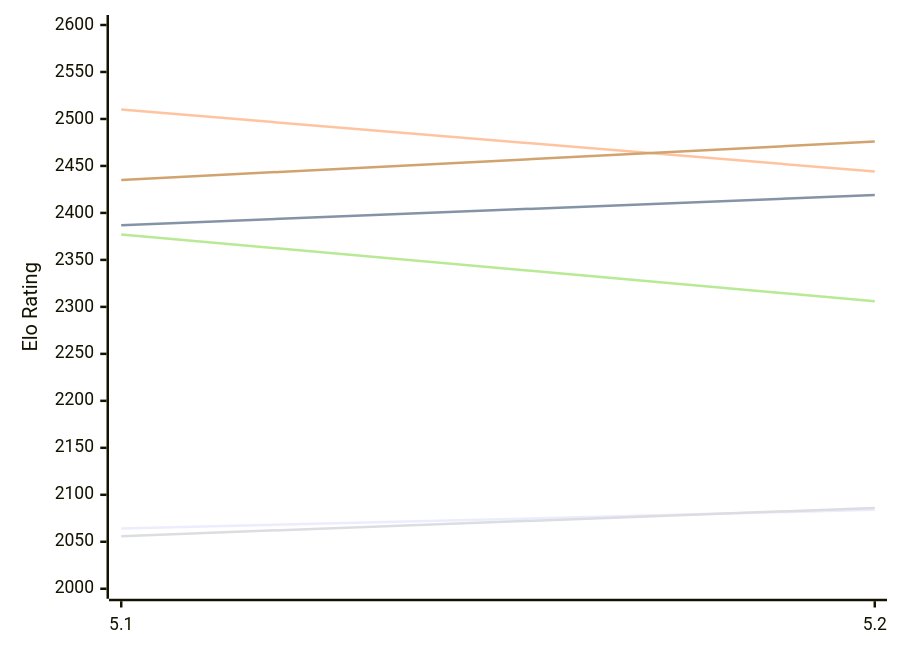
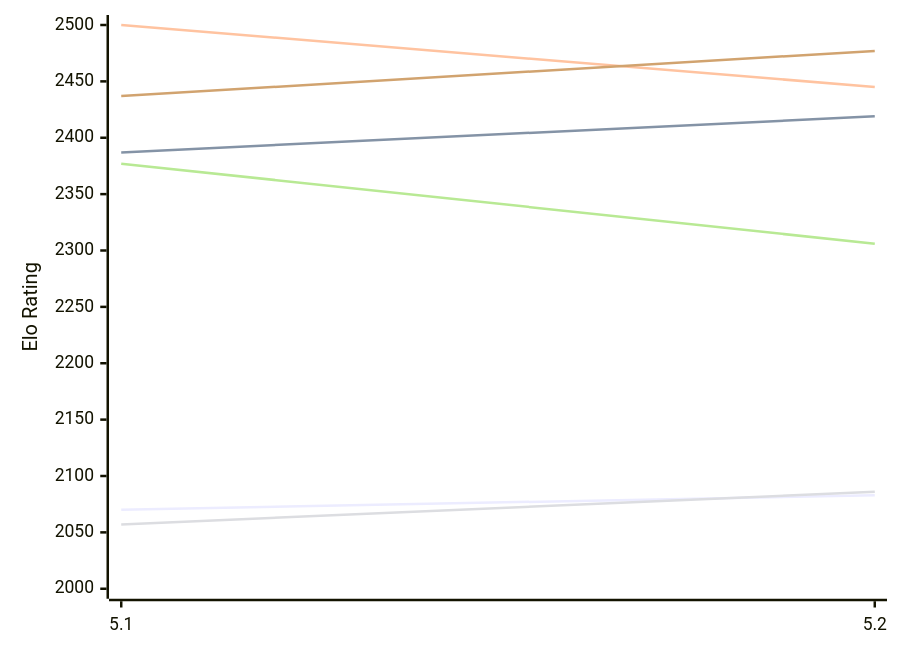
The first of 2 diagrams in engines/Prophet.md (computer-chess-index/cci), drawn with Mermaid before and after one commit. The commit also changed other lines of this file, not shown here.

Commit message:
Update CCI Ratings (ELO VLTC) - 2026-11-27

````diff
--- a/engines/Prophet.md
+++ b/engines/Prophet.md
@@ -50,12 +50,12 @@
 ```mermaid
 %%{init: {"theme":"base","themeVariables":{"seriesColors:['#a3a3a3','#222221','#faa371']}}}%%
 xychart-beta
   x-axis ["5.1", "5.2"]
-  y-axis "Elo Rating" 2000 --> 2600
-  line "E1: STC (8.0+0.08s)" [2064, 2084]
+  y-axis "Elo Rating" 2000 --> 2500
+  line "E1: STC (8.0+0.08s)" [2070, 2083]
   line "E1: LTC (60.0+0.60s)" [2387, 2419]
-  line "E1: VLTC (2m24s+1.12s)" [2510, 2444]
-  line "P1: STC (8.0+0.08s)" [2056, 2086]
+  line "E1: VLTC (2m24s+1.12s)" [2500, 2445]
+  line "P1: STC (8.0+0.08s)" [2057, 2086]
   line "P1: LTC (60.0+0.60s)" [2377, 2306]
-  line "P1: VLTC (2m24s+1.12s)" [2435, 2476]
+  line "P1: VLTC (2m24s+1.12s)" [2437, 2477]
 ```
````
